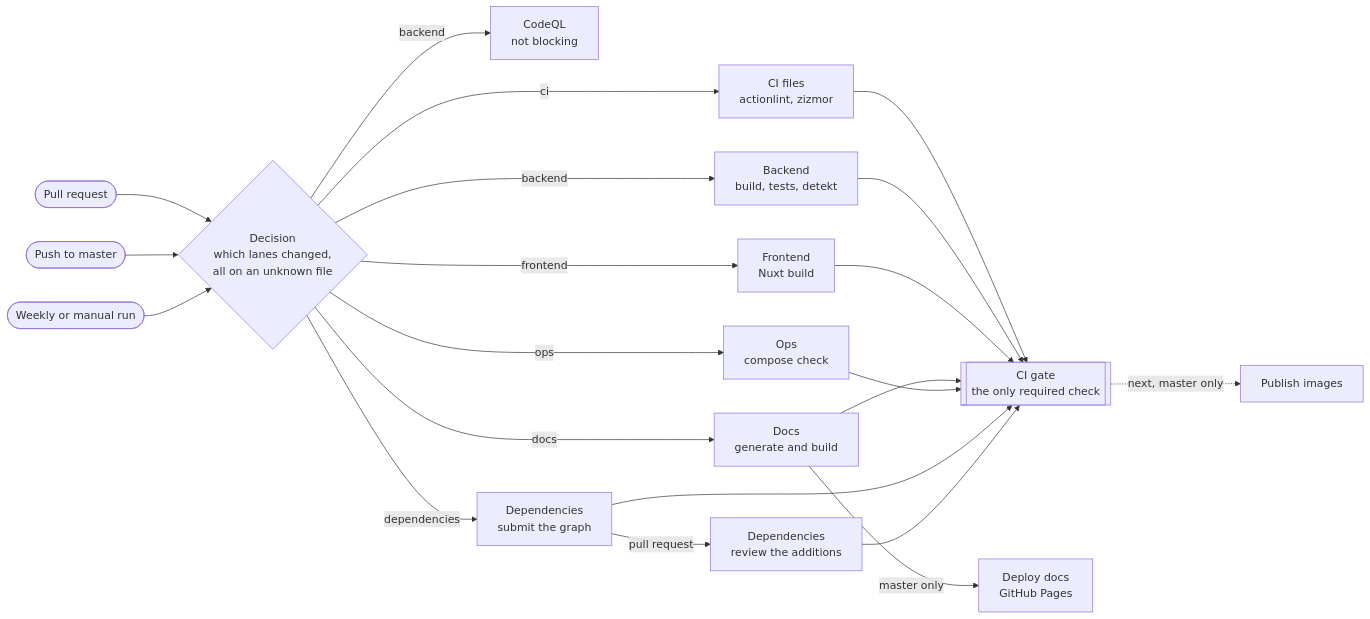
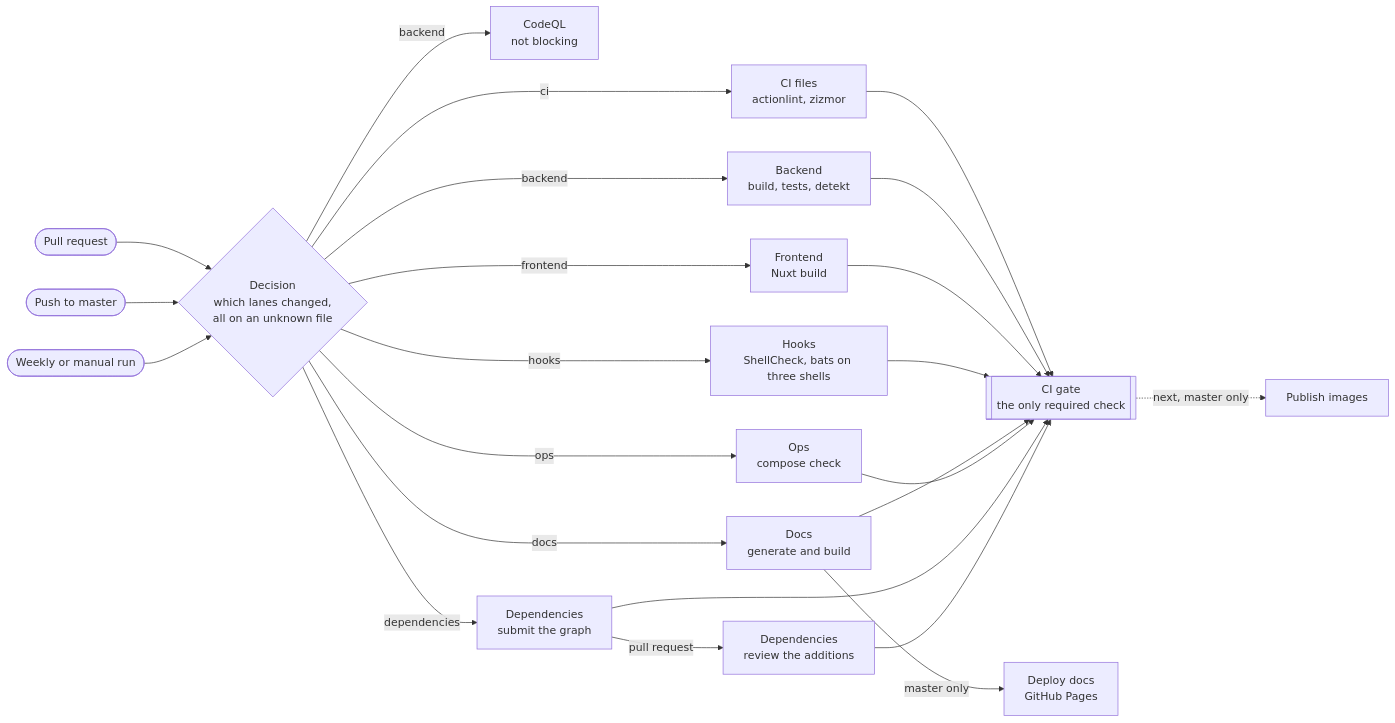
The diagram in docs/src/engineering/ci-cd.md (mboisnard/drinkit), drawn with Mermaid before and after one commit. The commit also changed other lines of this file and 9 other files, not shown here.

First line of the commit message:
[HARNESS] Check the hooks and the harness files in CI (#434)

````diff
--- a/docs/src/engineering/ci-cd.md
+++ b/docs/src/engineering/ci-cd.md
@@ -5,18 +5,19 @@
 ```mermaid
 flowchart LR
   pr([Pull request]) --> decision
   master([Push to master]) --> decision
   weekly([Weekly or manual run]) --> decision
   decision{Decision<br/>which lanes changed,<br/>all on an unknown file}
   decision -- ci --> cifiles[CI files<br/>actionlint, zizmor]
   decision -- backend --> backend[Backend<br/>build, tests, detekt]
   decision -- backend --> codeql[CodeQL<br/>not blocking]
   decision -- frontend --> frontend[Frontend<br/>Nuxt build]
+  decision -- hooks --> hooks[Hooks<br/>ShellCheck, bats on three shells]
   decision -- docs --> docs[Docs<br/>generate and build]
   decision -- ops --> ops[Ops<br/>compose check]
   decision -- dependencies --> submission[Dependencies<br/>submit the graph]
   submission -- pull request --> review[Dependencies<br/>review the additions]
-  cifiles & backend & frontend & docs & ops & submission & review --> gate[[CI gate<br/>the only required check]]
+  cifiles & backend & frontend & hooks & docs & ops & submission & review --> gate[[CI gate<br/>the only required check]]
   docs -- master only --> pages[Deploy docs<br/>GitHub Pages]
   gate -.->|next, master only| images[Publish images]
 ```
````
